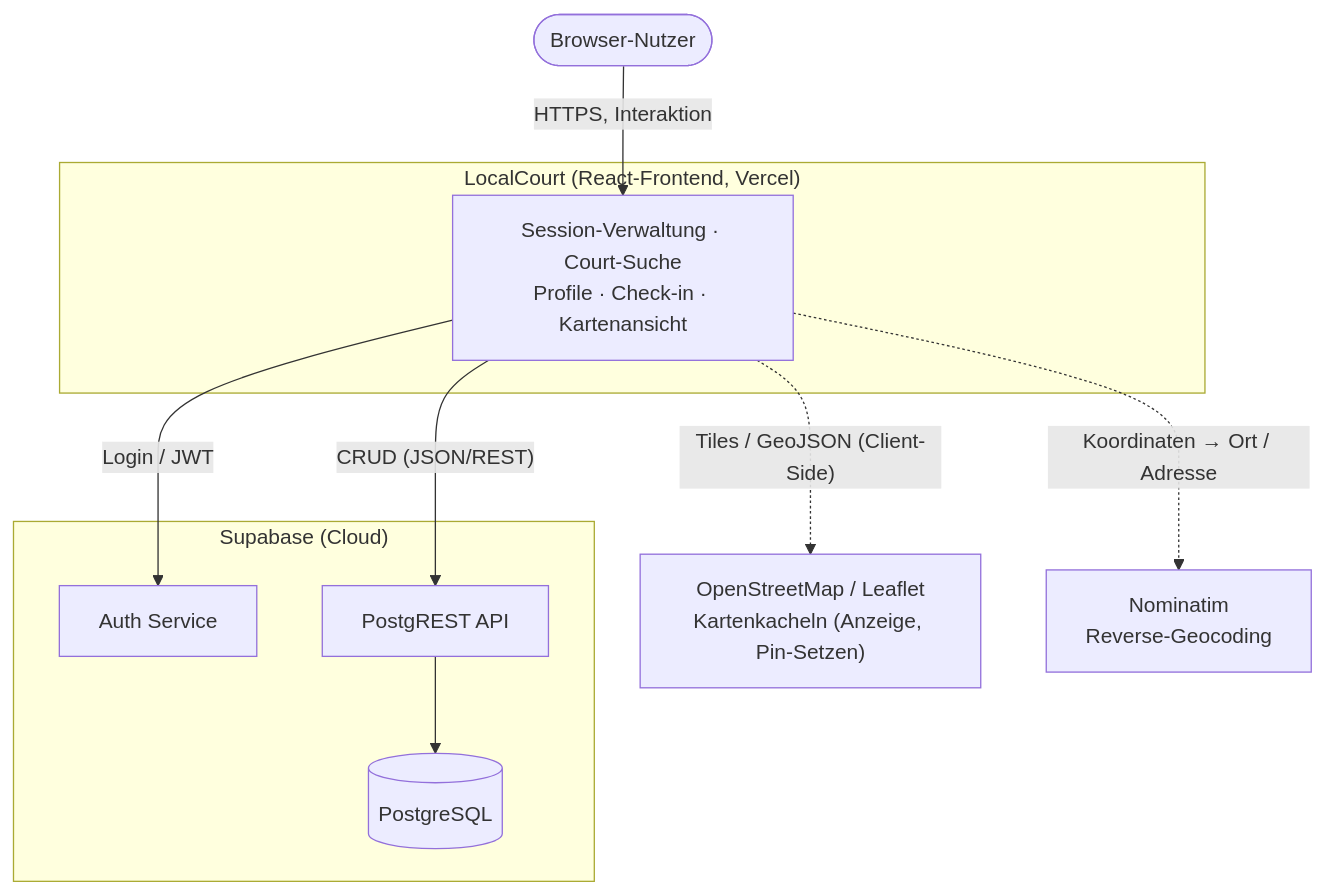
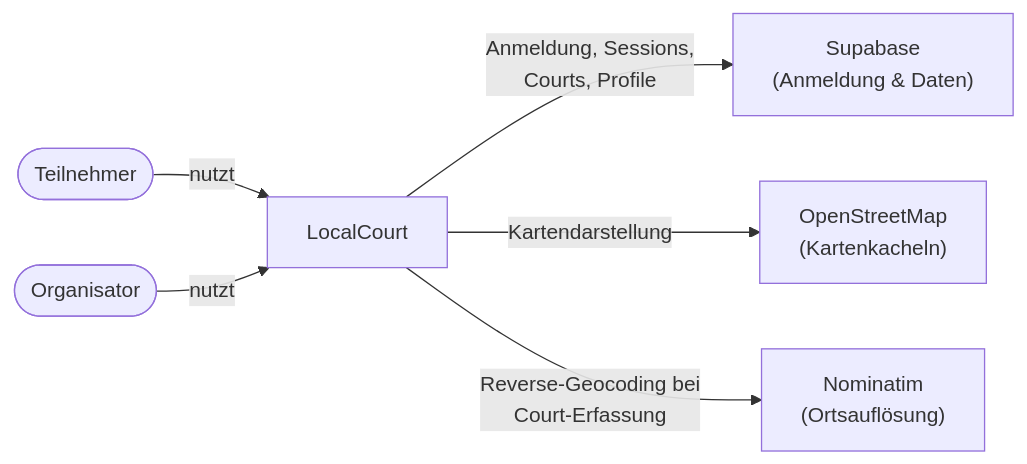
One commit to Finn5k/Wirtschaftsinformatik-Projekt-I changed the diagram in docs/spec/P2-architekturueberblick.md. Above: the diagram before and after it, drawn with Mermaid. The commit also changed other lines of this file and 6 other files, not shown here.

````diff
--- a/docs/spec/P2-architekturueberblick.md
+++ b/docs/spec/P2-architekturueberblick.md
@@ -17,24 +15,17 @@
 ```mermaid
-flowchart TB
-    user(["Browser-Nutzer"])
+flowchart LR
+    teilnehmer(["Teilnehmer"])
+    organisator(["Organisator"])
 
-    subgraph lc["LocalCourt (React-Frontend, Vercel)"]
-        ui["Session-Verwaltung · Court-Suche<br/>Profile · Check-in · Kartenansicht"]
-    end
+    lc["LocalCourt"]
 
-    subgraph supa["Supabase (Cloud)"]
-        auth["Auth Service"]
-        rest["PostgREST API"]
-        db[("PostgreSQL")]
-    end
+    supabase["Supabase<br/>(Anmeldung & Daten)"]
+    osm["OpenStreetMap<br/>(Kartenkacheln)"]
+    nominatim["Nominatim<br/>(Ortsauflösung)"]
 
-    osm["OpenStreetMap / Leaflet<br/>Kartenkacheln (Anzeige, Pin-Setzen)"]
-    nominatim["Nominatim<br/>Reverse-Geocoding"]
-
-    user -->|"HTTPS, Interaktion"| ui
-    ui -->|"Login / JWT"| auth
-    ui -->|"CRUD (JSON/REST)"| rest
-    rest --> db
-    ui -.->|"Tiles / GeoJSON (Client-Side)"| osm
-    ui -.->|"Koordinaten → Ort / Adresse"| nominatim
+    teilnehmer -->|nutzt| lc
+    organisator -->|nutzt| lc
+    lc -->|Anmeldung, Sessions,<br/>Courts, Profile| supabase
+    lc -->|Kartendarstellung| osm
+    lc -->|Reverse-Geocoding bei<br/>Court-Erfassung| nominatim
 ```
````
